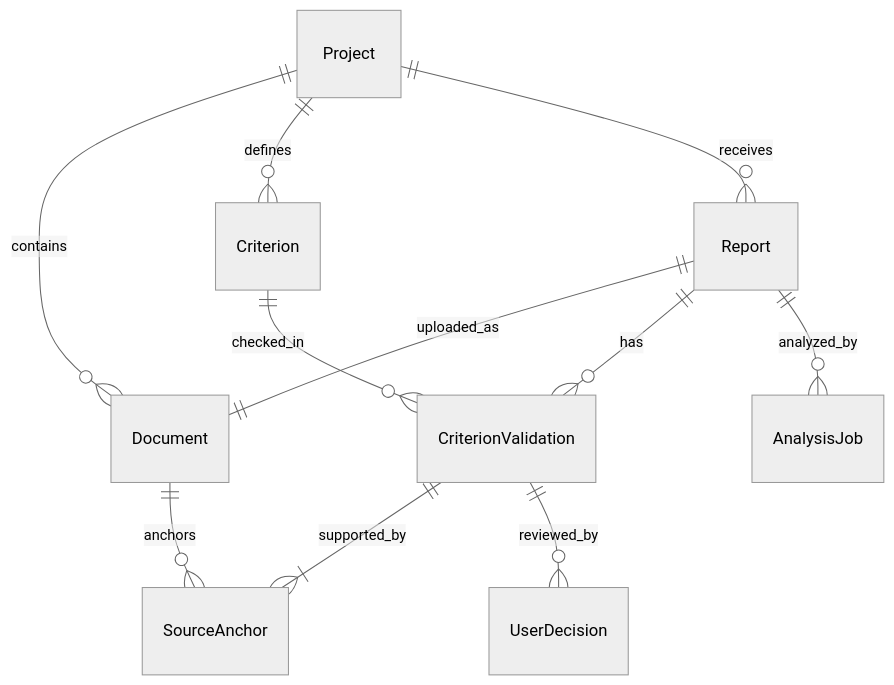
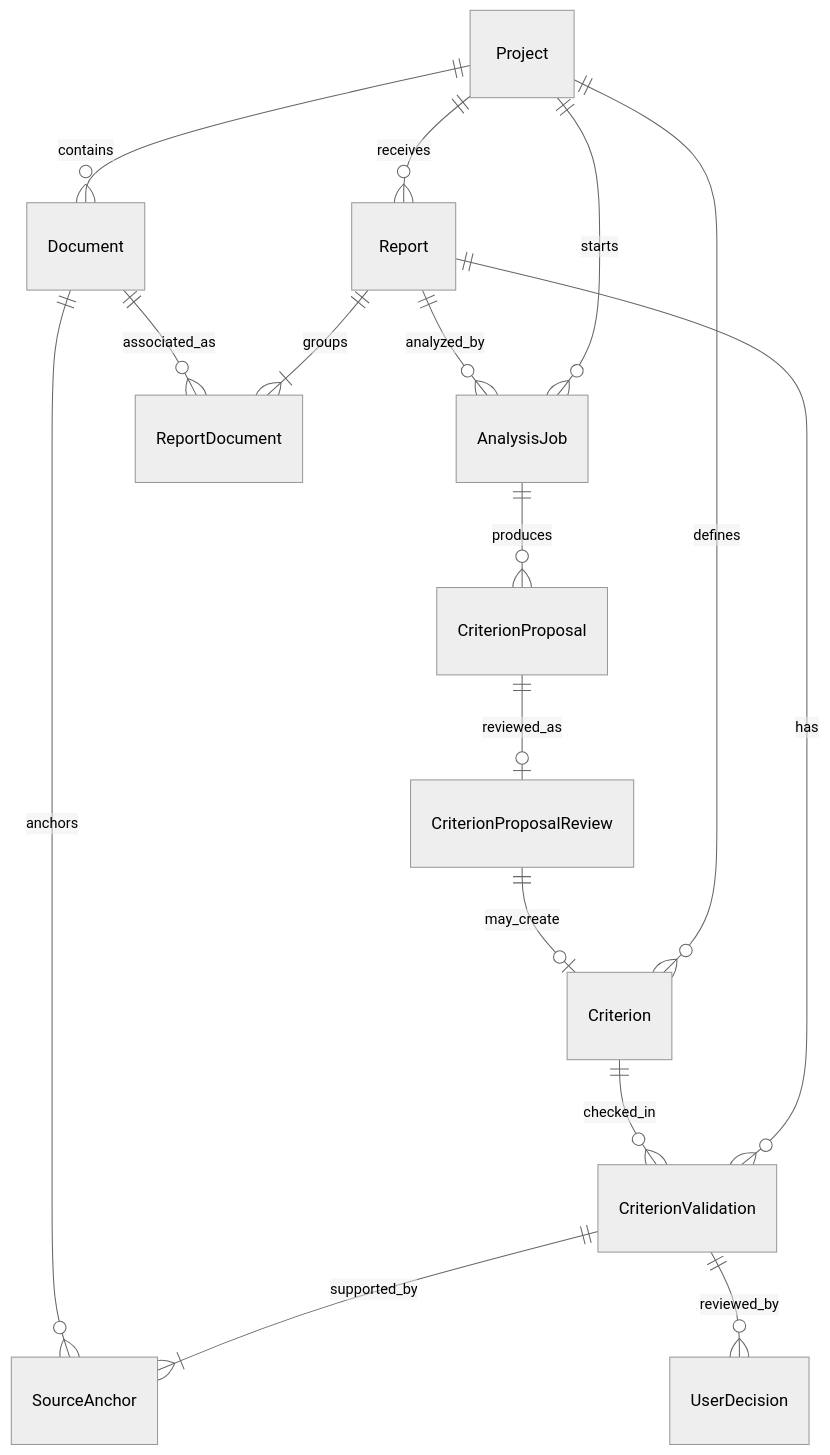
One commit to lupumihnea/chiatraton-adr-nord-est changed the diagram in docs/data-model.md. Above: the diagram before and after it, drawn with Mermaid (neutral theme). The commit also changed other lines of this file and 155 other files, not shown here.

````diff
--- a/docs/data-model.md
+++ b/docs/data-model.md
@@ -7,13 +7,18 @@
 ```mermaid
 erDiagram
     Project ||--o{ Document : contains
     Project ||--o{ Criterion : defines
+    Project ||--o{ AnalysisJob : starts
     Project ||--o{ Report : receives
-    Report ||--|| Document : uploaded_as
+    Report ||--|{ ReportDocument : groups
+    Document ||--o{ ReportDocument : associated_as
     Report ||--o{ CriterionValidation : has
     Criterion ||--o{ CriterionValidation : checked_in
     CriterionValidation ||--|{ SourceAnchor : supported_by
     Document ||--o{ SourceAnchor : anchors
     CriterionValidation ||--o{ UserDecision : reviewed_by
     Report ||--o{ AnalysisJob : analyzed_by
+    AnalysisJob ||--o{ CriterionProposal : produces
+    CriterionProposal ||--o| CriterionProposalReview : reviewed_as
+    CriterionProposalReview ||--o| Criterion : may_create
 ```
````
